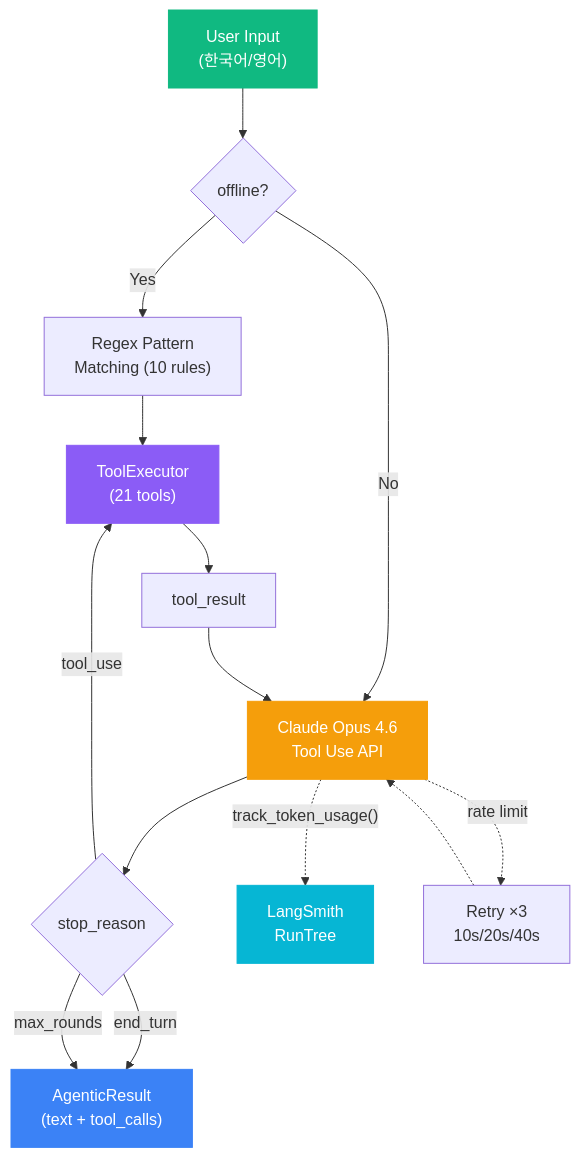
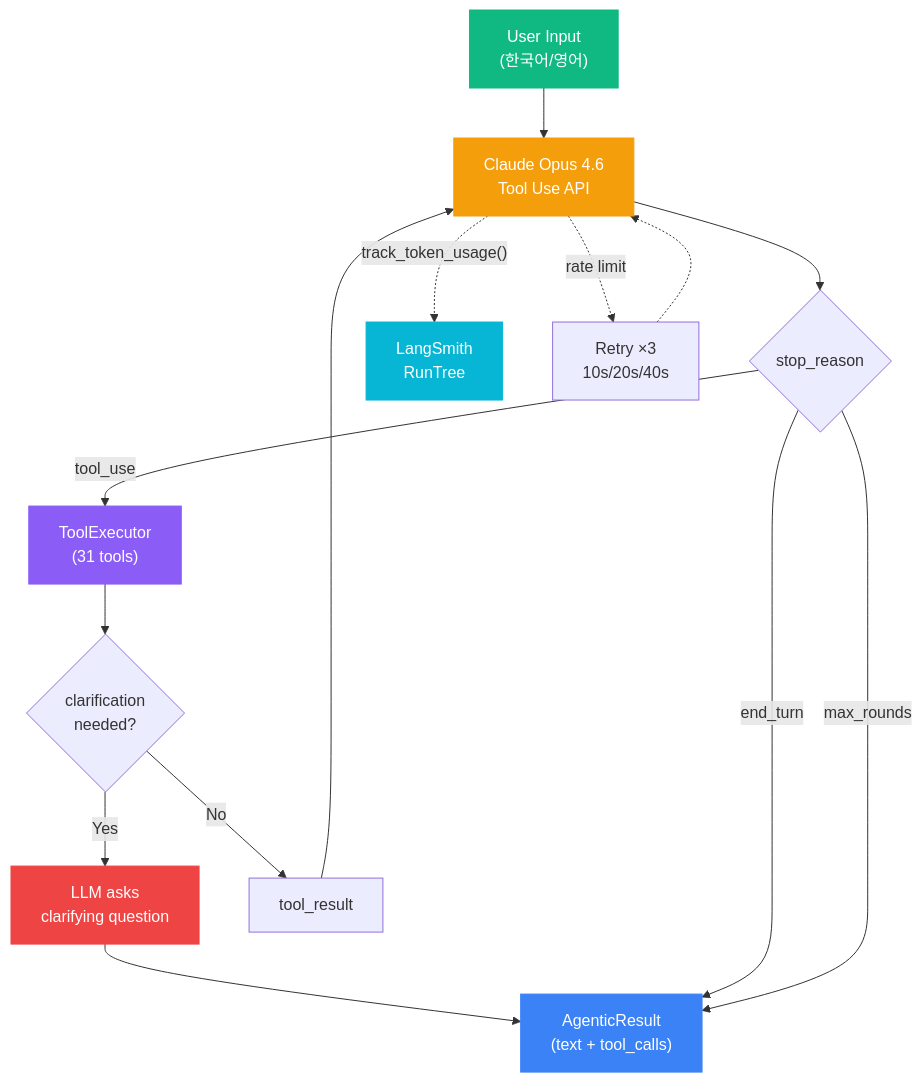
Before and after one commit to mangowhoiscloud/geode: the third of 12 diagrams in README.md, drawn with Mermaid. The commit also changed other lines of this file and 13 other files, not shown here.

````diff
--- a/README.md
+++ b/README.md
@@ -166,23 +170,24 @@
 ```mermaid
 graph TB
-    Input["User Input<br/>(한국어/영어)"] --> Mode{offline?}
-    Mode -->|Yes| Regex["Regex Pattern<br/>Matching (10 rules)"]
-    Mode -->|No| LLM["Claude Opus 4.6<br/>Tool Use API"]
-    Regex --> Exec
+    Input["User Input<br/>(한국어/영어)"] --> LLM["Claude Opus 4.6<br/>Tool Use API"]
     LLM --> Decision{stop_reason}
-    Decision -->|tool_use| Exec["ToolExecutor<br/>(21 tools)"]
-    Exec --> Results["tool_result"]
+    Decision -->|tool_use| Exec["ToolExecutor<br/>(31 tools)"]
+    Exec --> Check{clarification<br/>needed?}
+    Check -->|Yes| Clarify["LLM asks<br/>clarifying question"]
+    Clarify --> Output
+    Check -->|No| Results["tool_result"]
     Results --> LLM
     Decision -->|end_turn| Output["AgenticResult<br/>(text + tool_calls)"]
     Decision -->|max_rounds| Output
 
     LLM -.->|"track_token_usage()"| LS["LangSmith<br/>RunTree"]
     LLM -.->|"rate limit"| Retry["Retry ×3<br/>10s/20s/40s"]
     Retry -.-> LLM
 
     style Input fill:#10b981,stroke:#10b981,color:#fff
     style Output fill:#3b82f6,stroke:#3b82f6,color:#fff
     style LLM fill:#f59e0b,stroke:#f59e0b,color:#fff
     style Exec fill:#8b5cf6,stroke:#8b5cf6,color:#fff
     style LS fill:#06b6d4,stroke:#06b6d4,color:#fff
+    style Clarify fill:#ef4444,stroke:#ef4444,color:#fff
 ```
````
